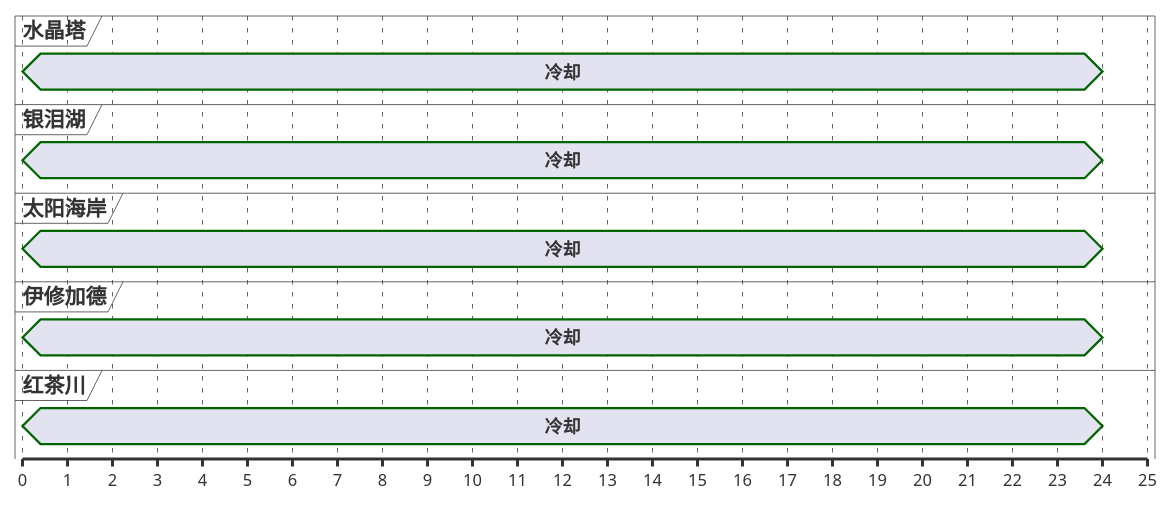
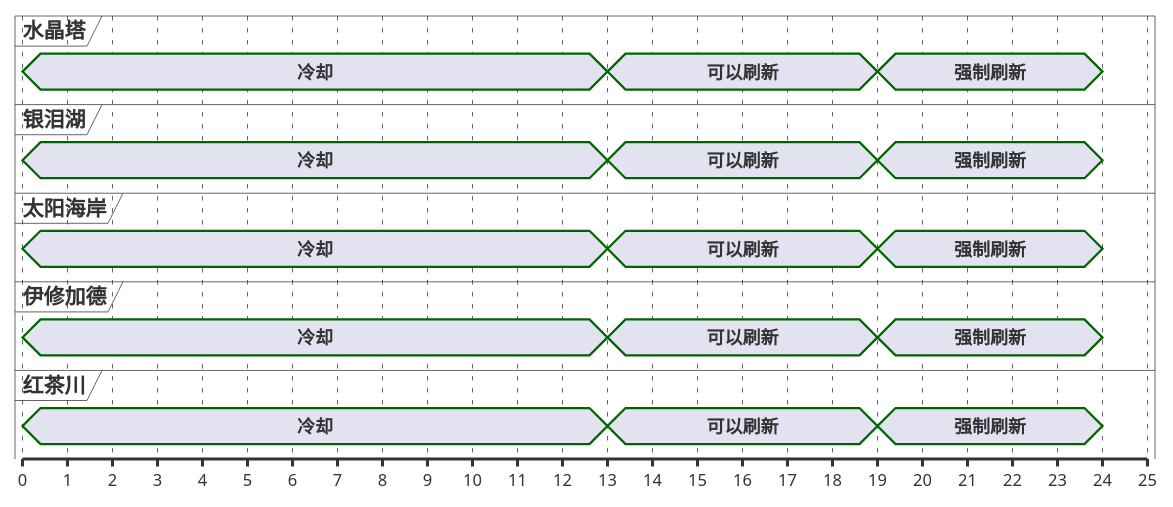
The fourth of 13 diagrams in ffxiv/hunt/2.0/Bonnacon.md (Eroleice/doc-pi), drawn with PlantUML before and after one commit. The commit also changed other lines of this file and 38 other files, not shown here.

````diff
--- a/ffxiv/hunt/2.0/Bonnacon.md
+++ b/ffxiv/hunt/2.0/Bonnacon.md
@@ -187,32 +222,42 @@
 ```plantuml
 @startuml
 scale 1 as 30 pixels
 
 concise 水晶塔
 concise 银泪湖
 concise 太阳海岸
 concise 伊修加德
 concise 红茶川
 
 @红茶川
 0 is 冷却
+13 is 可以刷新
+19 is 强制刷新
 24 is {hidden}
 
 @银泪湖
 0 is 冷却
+13 is 可以刷新
+19 is 强制刷新
 24 is {hidden}
 
 @太阳海岸
 0 is 冷却
+13 is 可以刷新
+19 is 强制刷新
 24 is {hidden}
 
 @伊修加德
 0 is 冷却
+13 is 可以刷新
+19 is 强制刷新
 24 is {hidden}
 
 @水晶塔
 0 is 冷却
+13 is 可以刷新
+19 is 强制刷新
 24 is {hidden}
 
 @enduml
 ```
````
